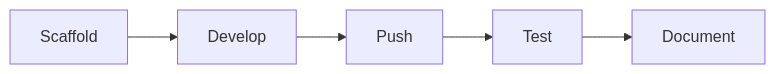
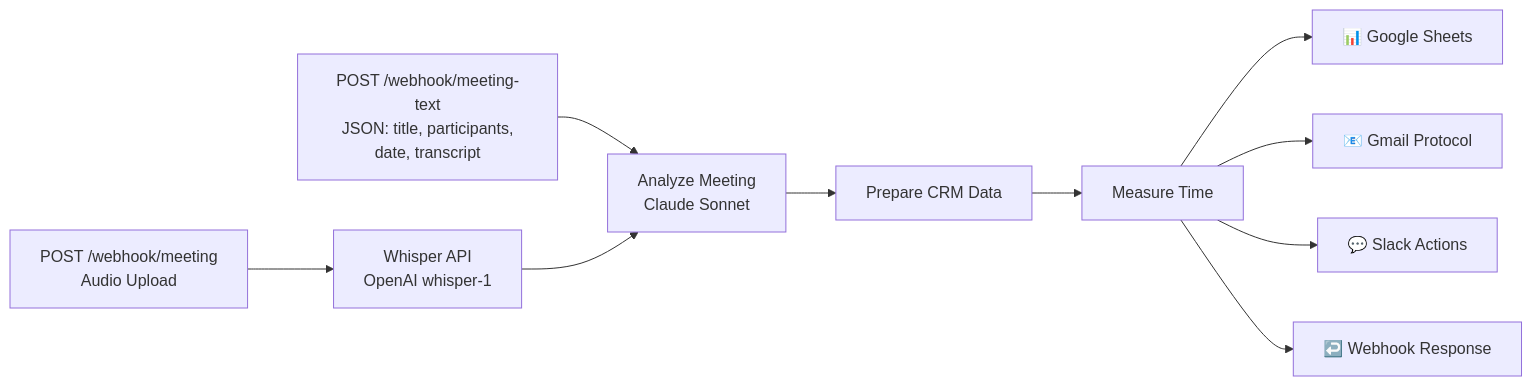
Before and after one commit to mj-deving/n8n-meeting-intelligence: the diagram in README.md, drawn with Mermaid. The commit also changed other lines of this file and 1 other file, not shown here.

First line of the commit message:
docs: update root README and CLAUDE.md with project details

````diff
--- a/README.md
+++ b/README.md
@@ -48,7 +11,12 @@
 ```mermaid
 graph LR
-    A["Scaffold"] --> B["Develop"]
-    B --> C["Push"]
-    C --> D["Test"]
-    D --> E["Document"]
+    A["POST /webhook/meeting-text<br/>JSON: title, participants,<br/>date, transcript"] --> D
+    B["POST /webhook/meeting<br/>Audio Upload"] --> C["Whisper API<br/>OpenAI whisper-1"]
+    C --> D["Analyze Meeting<br/>Claude Sonnet"]
+    D --> E["Prepare CRM Data"]
+    E --> F["Measure Time"]
+    F --> G["📊 Google Sheets"]
+    F --> H["📧 Gmail Protocol"]
+    F --> I["💬 Slack Actions"]
+    F --> J["↩️ Webhook Response"]
 ```
````
